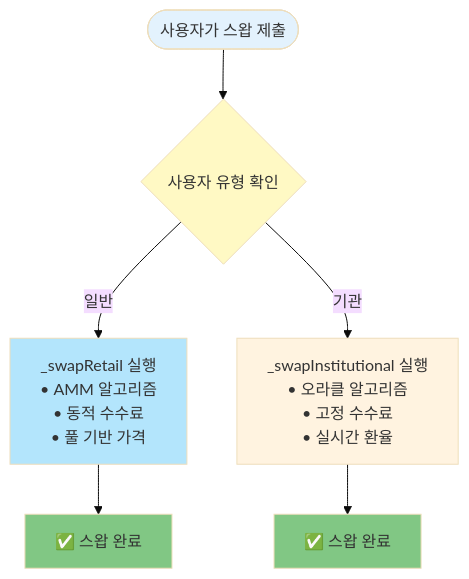
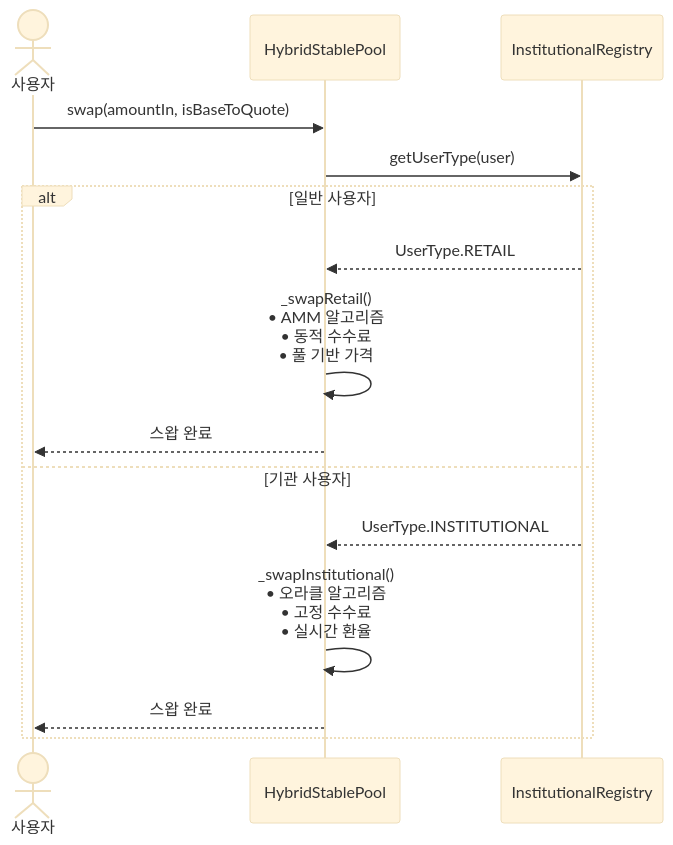
One commit to fbtopg/gurufin-docs changed the first of 2 diagrams in gurudex/05_smart_contract_logic_kr.md. Above: the diagram before and after it, drawn with Mermaid (base theme). The commit also changed other lines of this file and 18 other files, not shown here.

````diff
--- a/gurudex/05_smart_contract_logic_kr.md
+++ b/gurudex/05_smart_contract_logic_kr.md
@@ -21,17 +21,19 @@
 ```mermaid
-flowchart TD
-    User([사용자가 스왑 제출]) --> Check{사용자 유형 확인}
+sequenceDiagram
+    actor User as 사용자
+    participant HybridPool as HybridStablePool
+    participant Registry as InstitutionalRegistry
     
-    Check -->|일반| RetailPath["_swapRetail 실행<br/>• AMM 알고리즘<br/>• 동적 수수료<br/>• 풀 기반 가격"]
-    Check -->|기관| InstPath["_swapInstitutional 실행<br/>• 오라클 알고리즘<br/>• 고정 수수료<br/>• 실시간 환율"]
+    User->>HybridPool: swap(amountIn, isBaseToQuote)
+    HybridPool->>Registry: getUserType(user)
     
-    RetailPath --> Complete1[✅ 스왑 완료]
-    InstPath --> Complete2[✅ 스왑 완료]
-    
-    style User fill:#e3f2fd
-    style Check fill:#fff9c4
-    style RetailPath fill:#b3e5fc
-    style InstPath fill:#fff3e0
-    style Complete1 fill:#81c784
-    style Complete2 fill:#81c784
+    alt 일반 사용자
+        Registry-->>HybridPool: UserType.RETAIL
+        HybridPool->>HybridPool: _swapRetail()<br/>• AMM 알고리즘<br/>• 동적 수수료<br/>• 풀 기반 가격
+        HybridPool-->>User: 스왑 완료
+    else 기관 사용자
+        Registry-->>HybridPool: UserType.INSTITUTIONAL
+        HybridPool->>HybridPool: _swapInstitutional()<br/>• 오라클 알고리즘<br/>• 고정 수수료<br/>• 실시간 환율
+        HybridPool-->>User: 스왑 완료
+    end
 ```
````
